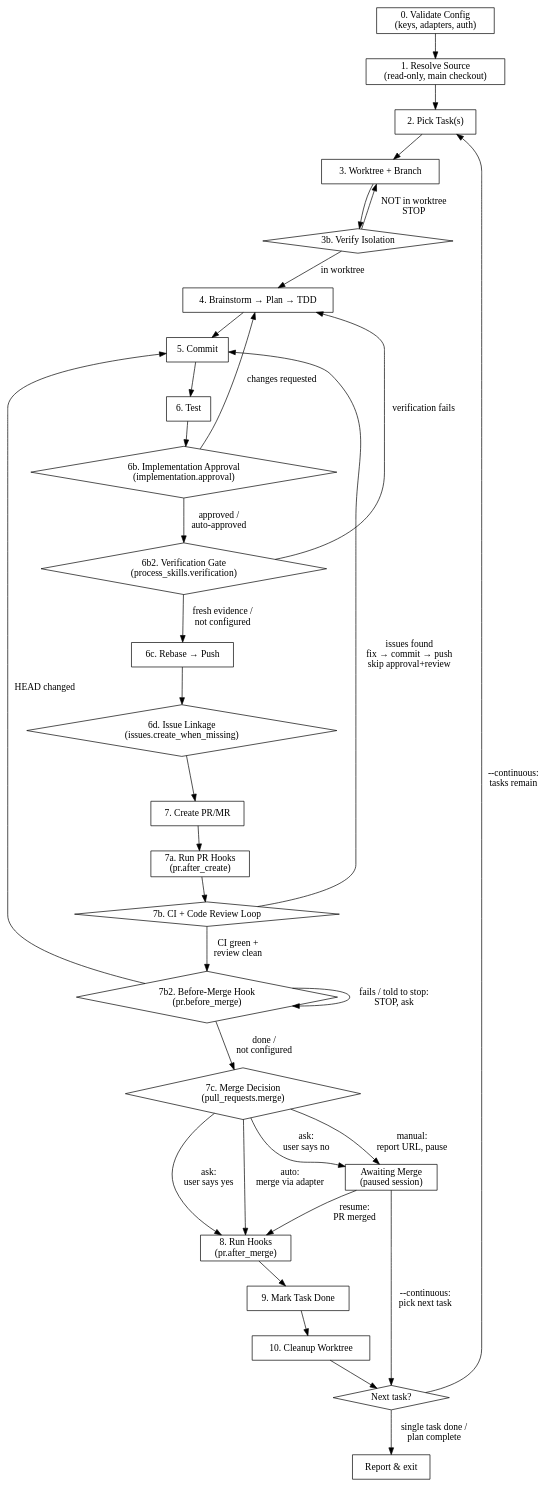
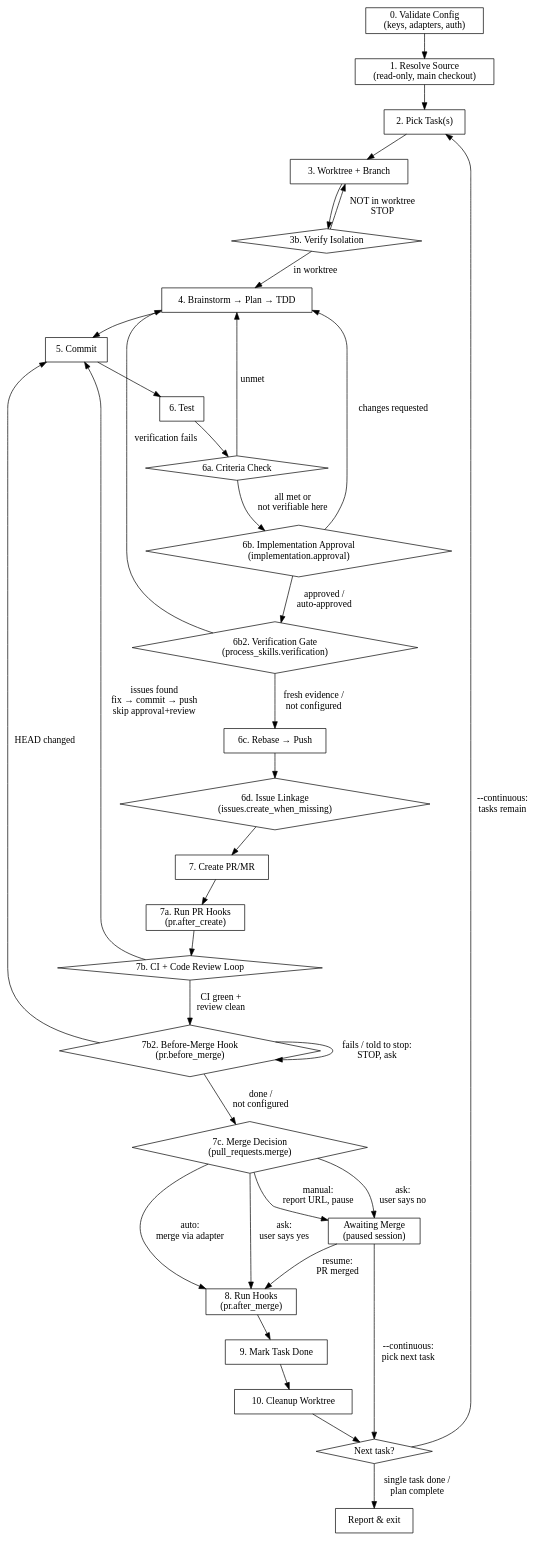
The diagram in plugins/flowyeah/skills/build/SKILL.md (rodrigomanhaes/flowyeah), drawn with Graphviz before and after one commit. The commit also changed other lines of this file and 8 other files, not shown here.

````diff
--- a/plugins/flowyeah/skills/build/SKILL.md
+++ b/plugins/flowyeah/skills/build/SKILL.md
@@ -89,54 +89,57 @@
 ```dot
 digraph pipeline {
     rankdir=TB;
     node [shape=box];
 
     validate [label="0. Validate Config\n(keys, adapters, auth)"];
     resolve [label="1. Resolve Source\n(read-only, main checkout)"];
     pick [label="2. Pick Task(s)"];
     worktree [label="3. Worktree + Branch"];
     verify_wt [label="3b. Verify Isolation" shape=diamond];
     implement [label="4. Brainstorm → Plan → TDD"];
     commit [label="5. Commit"];
     test [label="6. Test"];
+    criteria [label="6a. Criteria Check" shape=diamond];
     approval [label="6b. Implementation Approval\n(implementation.approval)" shape=diamond];
     verification [label="6b2. Verification Gate\n(process_skills.verification)" shape=diamond];
     deliver [label="6c. Rebase → Push"];
     issue_link [label="6d. Issue Linkage\n(issues.create_when_missing)" shape=diamond];
     pr [label="7. Create PR/MR"];
     pr_hooks [label="7a. Run PR Hooks\n(pr.after_create)"];
     ci_loop [label="7b. CI + Code Review Loop" shape=diamond];
     before_merge [label="7b2. Before-Merge Hook\n(pr.before_merge)" shape=diamond];
     merge_decision [label="7c. Merge Decision\n(pull_requests.merge)" shape=diamond];
     hooks [label="8. Run Hooks\n(pr.after_merge)"];
     mark [label="9. Mark Task Done"];
     cleanup [label="10. Cleanup Worktree"];
     awaiting [label="Awaiting Merge\n(paused session)"];
     next [label="Next task?" shape=diamond];
 
     validate -> resolve -> pick -> worktree -> verify_wt;
     verify_wt -> implement [label="in worktree"];
     verify_wt -> worktree [label="NOT in worktree\nSTOP"];
-    implement -> commit -> test -> approval;
+    implement -> commit -> test -> criteria;
+    criteria -> approval [label="all met or\nnot verifiable here"];
+    criteria -> implement [label="unmet"];
     approval -> verification [label="approved /\nauto-approved"];
     verification -> deliver [label="fresh evidence /\nnot configured"];
     verification -> implement [label="verification fails"];
     approval -> implement [label="changes requested"];
     deliver -> issue_link -> pr -> pr_hooks -> ci_loop;
     ci_loop -> commit [label="issues found\nfix → commit → push\nskip approval+review"];
     ci_loop -> before_merge [label="CI green +\nreview clean"];
     before_merge -> merge_decision [label="done /\nnot configured"];
     before_merge -> commit [label="HEAD changed"];
     before_merge -> before_merge [label="fails / told to stop:\nSTOP, ask"];
     merge_decision -> hooks [label="auto:\nmerge via adapter"];
     merge_decision -> awaiting [label="manual:\nreport URL, pause"];
     merge_decision -> hooks [label="ask:\nuser says yes"];
     merge_decision -> awaiting [label="ask:\nuser says no"];
     awaiting -> hooks [label="resume:\nPR merged"];
     awaiting -> next [label="--continuous:\npick next task"];
     hooks -> mark -> cleanup -> next;
     next -> pick [label="--continuous:\ntasks remain"];
     next -> finish [label="single task done /\nplan complete"];
     finish [label="Report & exit"];
 }
 ```
````
